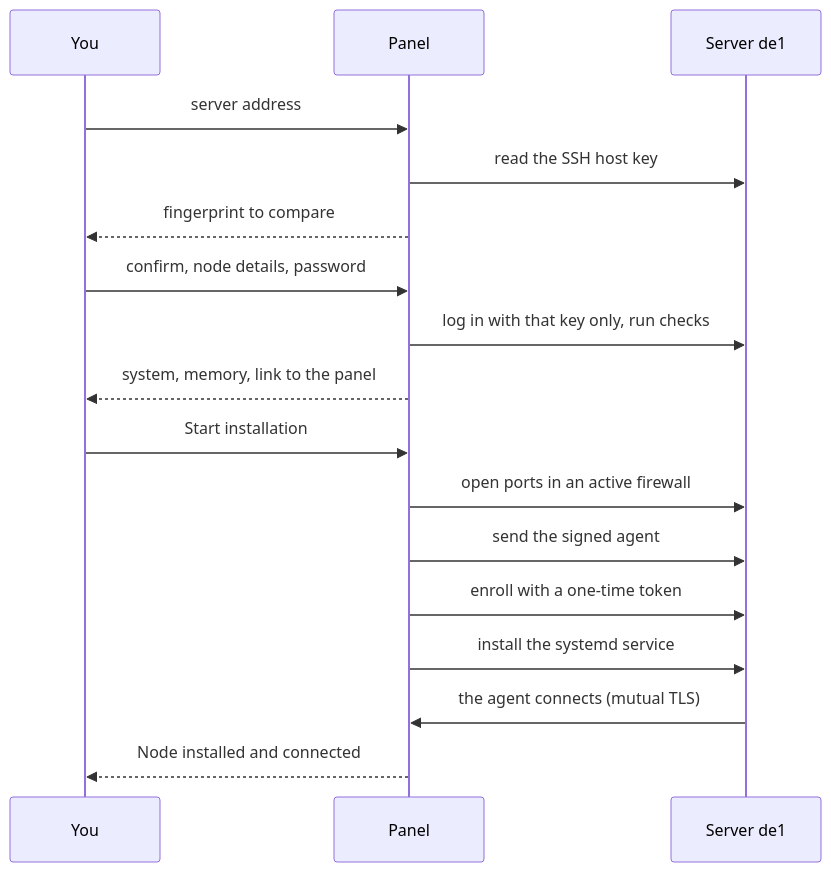
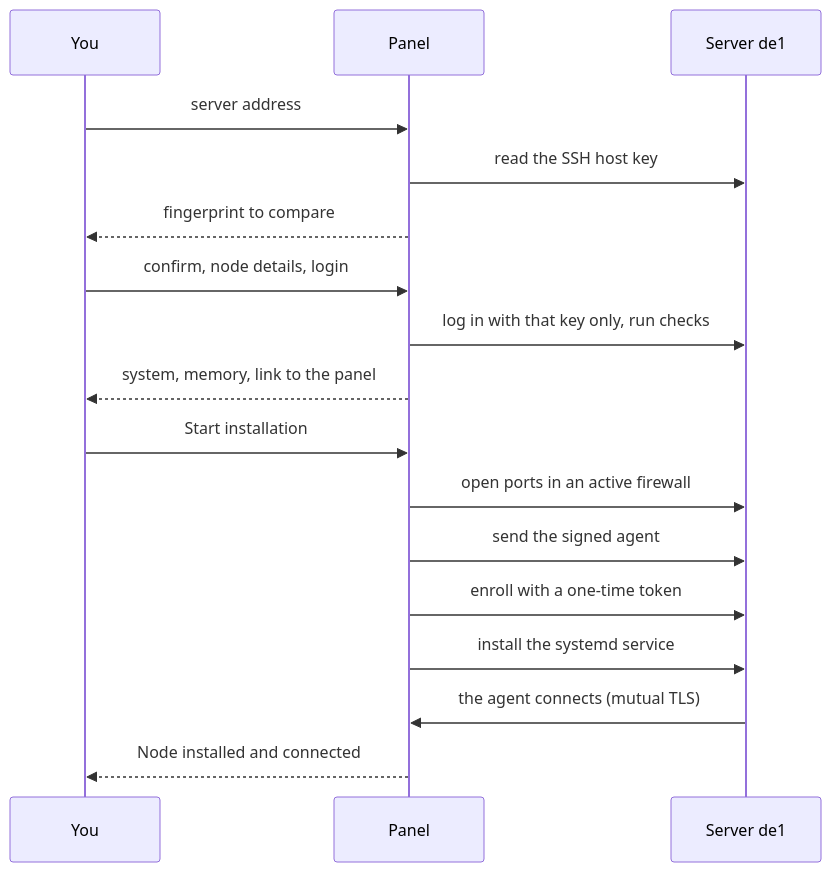
Before and after one commit to Mistgate/mistgate: the diagram in docs/en/getting-started/ssh-install.md, drawn with Mermaid. The commit also changed other lines of this file and 31 other files, not shown here.

````diff
--- a/docs/en/getting-started/ssh-install.md
+++ b/docs/en/getting-started/ssh-install.md
@@ -24,21 +24,21 @@
 ```mermaid
 sequenceDiagram
   accTitle: Installing a node over SSH
   accDescr: You give the server address and confirm its host key; the panel logs in with that key only, checks the server, opens the ports, sends the signed agent, enrolls it with a one-time token, installs the service and waits for the agent to connect.
   participant Y as You
   participant P as Panel
   participant S as Server de1
   Y->>P: server address
   P->>S: read the SSH host key
   P-->>Y: fingerprint to compare
-  Y->>P: confirm, node details, password
+  Y->>P: confirm, node details, login
   P->>S: log in with that key only, run checks
   P-->>Y: system, memory, link to the panel
   Y->>P: Start installation
   P->>S: open ports in an active firewall
   P->>S: send the signed agent
   P->>S: enroll with a one-time token
   P->>S: install the systemd service
   S->>P: the agent connects (mutual TLS)
   P-->>Y: Node installed and connected
 ```
````
